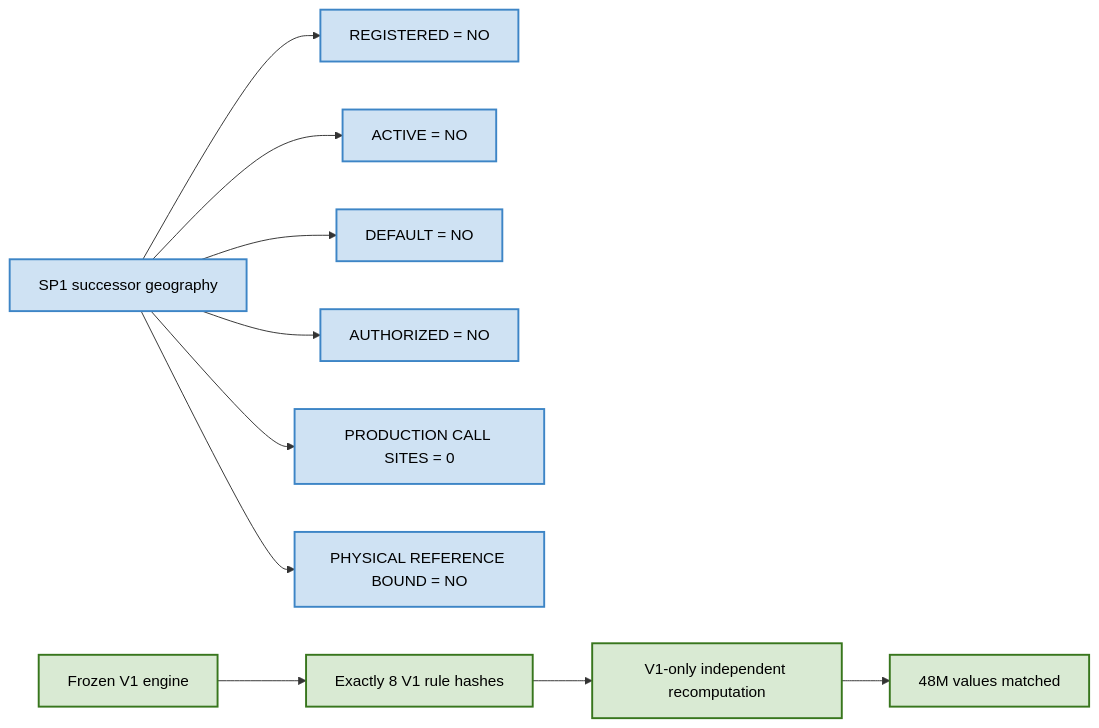
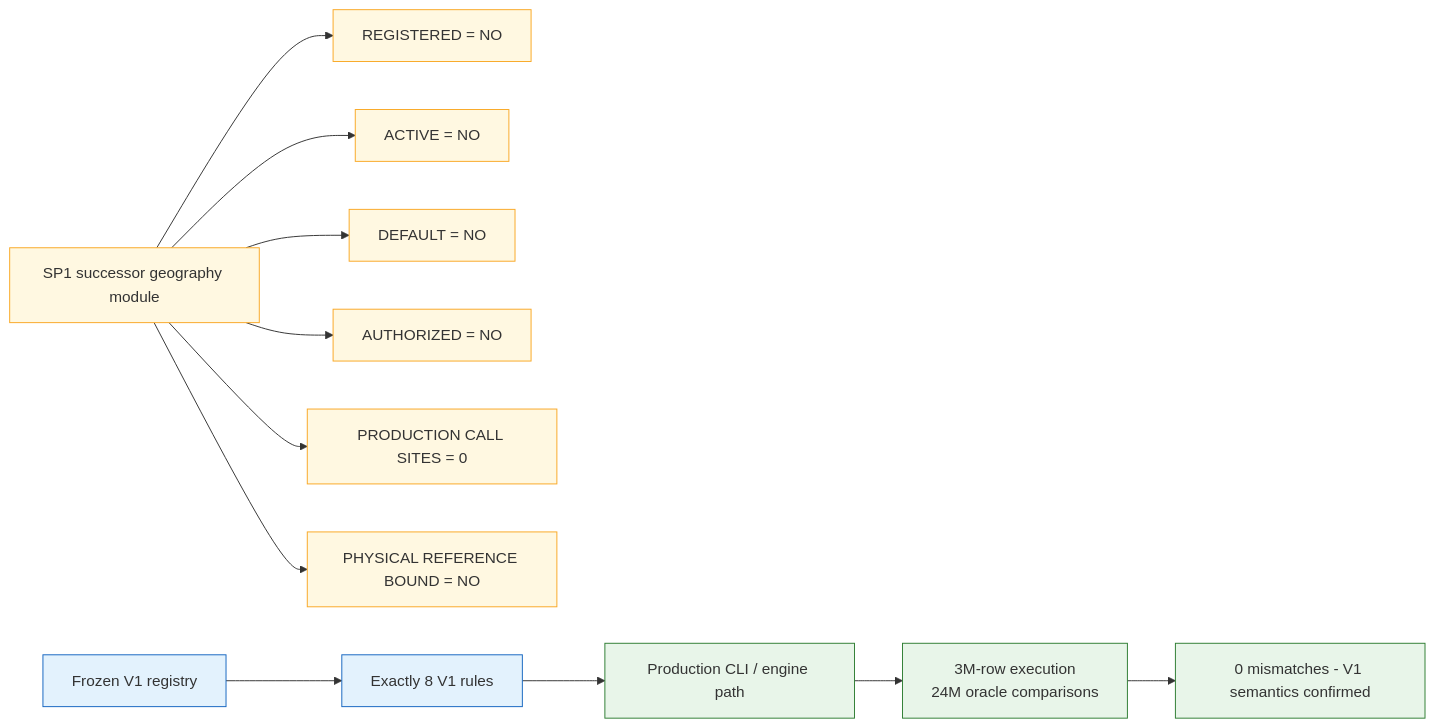
The third of 5 diagrams in README.md (aladdinoo/Data-Quality-Validation-Platform-v2), drawn with Mermaid before and after one commit. The commit also changed other lines of this file and 28 other files, not shown here.

````diff
--- a/README.md
+++ b/README.md
@@ -398,16 +193,25 @@
 ```mermaid
 flowchart LR
-    A["SP1 successor geography"] --> B["REGISTERED = NO"]
-    A --> C["ACTIVE = NO"]
-    A --> D["DEFAULT = NO"]
-    A --> E["AUTHORIZED = NO"]
-    A --> F["PRODUCTION CALL SITES = 0"]
-    A --> G["PHYSICAL REFERENCE BOUND = NO"]
-    H["Frozen V1 engine"] --> I["Exactly 8 V1 rule hashes"]
-    I --> J["V1-only independent recomputation"]
-    J --> K["48M values matched"]
-    classDef inactive fill:#cfe2f3,stroke:#3d85c6,stroke-width:2px,color:#000;
-    classDef pass fill:#d9ead3,stroke:#38761d,stroke-width:2px,color:#000;
-    class A,B,C,D,E,F,G inactive;
-    class H,I,J,K pass;
+    A[SP1 successor geography module] --> B[REGISTERED = NO]
+    A --> C[ACTIVE = NO]
+    A --> D[DEFAULT = NO]
+    A --> E[AUTHORIZED = NO]
+    A --> F[PRODUCTION CALL SITES = 0]
+    A --> G[PHYSICAL REFERENCE BOUND = NO]
+    H[Frozen V1 registry] --> I[Exactly 8 V1 rules]
+    I --> J[Production CLI / engine path]
+    J --> K[3M-row execution<br/>24M oracle comparisons]
+    K --> L[0 mismatches - V1 semantics confirmed]
+    style A fill:#FFF8E1,stroke:#F9A825
+    style B fill:#FFF8E1,stroke:#F9A825
+    style C fill:#FFF8E1,stroke:#F9A825
+    style D fill:#FFF8E1,stroke:#F9A825
+    style E fill:#FFF8E1,stroke:#F9A825
+    style F fill:#FFF8E1,stroke:#F9A825
+    style G fill:#FFF8E1,stroke:#F9A825
+    style H fill:#E3F2FD,stroke:#1565C0
+    style I fill:#E3F2FD,stroke:#1565C0
+    style J fill:#E8F5E9,stroke:#2E7D32
+    style K fill:#E8F5E9,stroke:#2E7D32
+    style L fill:#E8F5E9,stroke:#2E7D32
 ```
````
